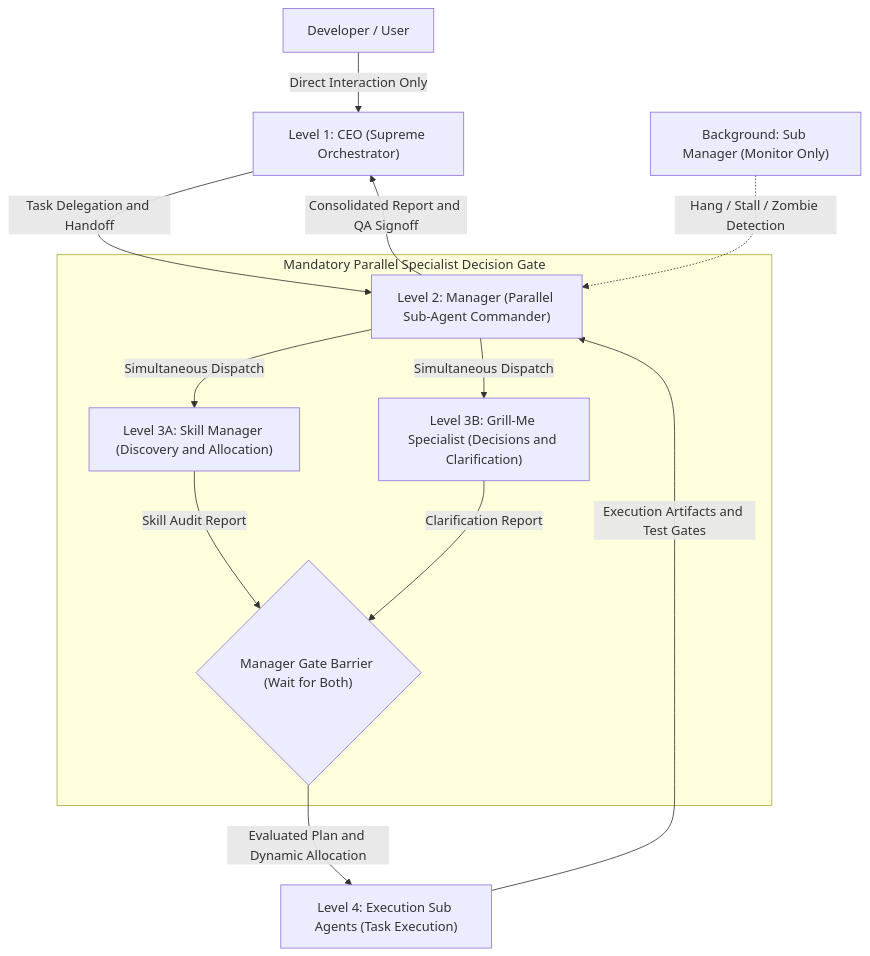
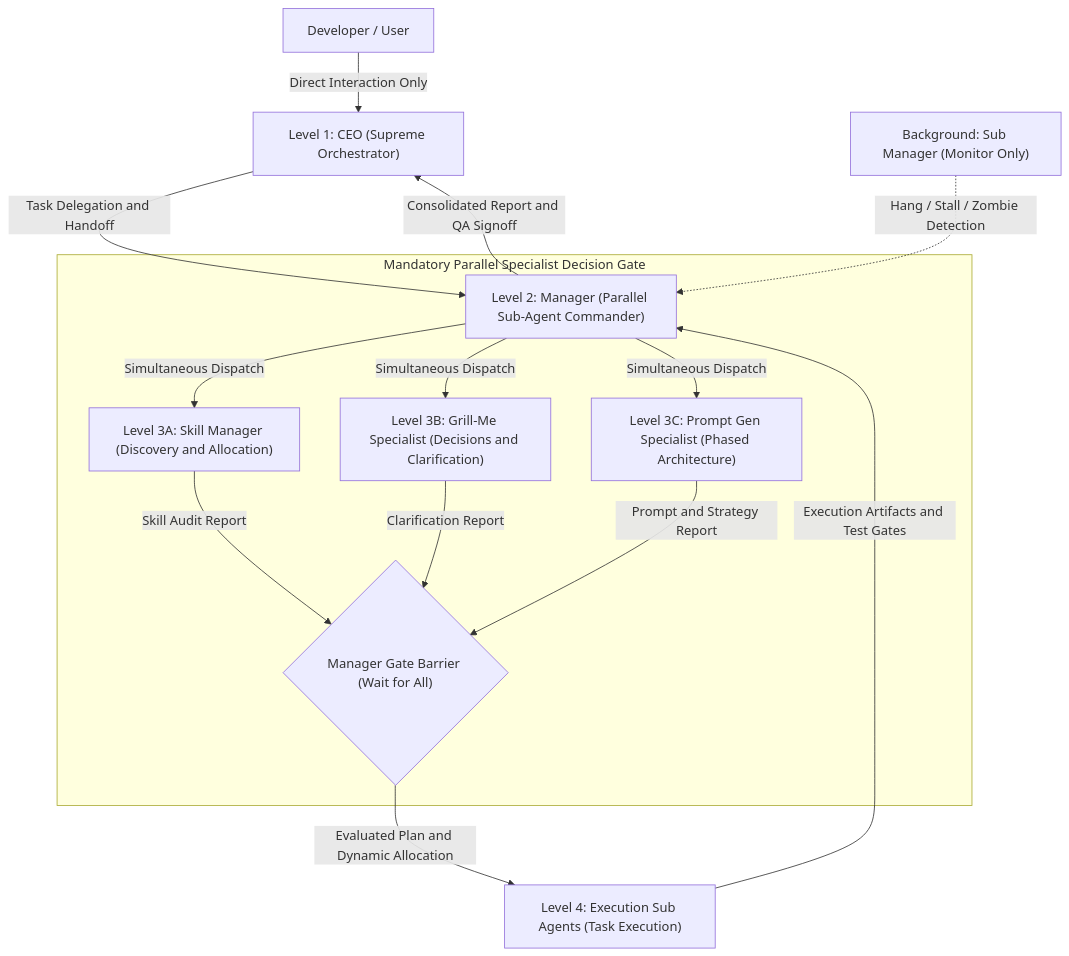
Before and after one commit to aiprincekumar/Interactive-Cursor-Tracking-Portfolio: the first of 3 diagrams in .agents/rules/architecture_recommendation.md, drawn with Mermaid. The commit also changed other lines of this file and 8 other files, not shown here.

Commit message:
feat(governance): elevate Phase-wise Prompt Generation Specialist to Level 3C and upgrade Rule 22 decision gate

````diff
--- a/.agents/rules/architecture_recommendation.md
+++ b/.agents/rules/architecture_recommendation.md
@@ -15,17 +15,19 @@
 ```mermaid
 flowchart TD
     User["Developer / User"] -->|Direct Interaction Only| CEO["Level 1: CEO (Supreme Orchestrator)"]
     CEO -->|Task Delegation and Handoff| Manager["Level 2: Manager (Parallel Sub-Agent Commander)"]
     
     subgraph ParallelSpecialistGate ["Mandatory Parallel Specialist Decision Gate"]
         Manager -->|Simultaneous Dispatch| SkillMgr["Level 3A: Skill Manager (Discovery and Allocation)"]
         Manager -->|Simultaneous Dispatch| GrillMe["Level 3B: Grill-Me Specialist (Decisions and Clarification)"]
-        SkillMgr -->|Skill Audit Report| GateBarrier{"Manager Gate Barrier (Wait for Both)"}
+        Manager -->|Simultaneous Dispatch| PromptGen["Level 3C: Prompt Gen Specialist (Phased Architecture)"]
+        SkillMgr -->|Skill Audit Report| GateBarrier{"Manager Gate Barrier (Wait for All)"}
         GrillMe -->|Clarification Report| GateBarrier
+        PromptGen -->|Prompt and Strategy Report| GateBarrier
     end
     
     GateBarrier -->|Evaluated Plan and Dynamic Allocation| SubAgents["Level 4: Execution Sub Agents (Task Execution)"]
     SubManager["Background: Sub Manager (Monitor Only)"] -.->|Hang / Stall / Zombie Detection| Manager
     SubAgents -->|Execution Artifacts and Test Gates| Manager
     Manager -->|Consolidated Report and QA Signoff| CEO
 ```
````
